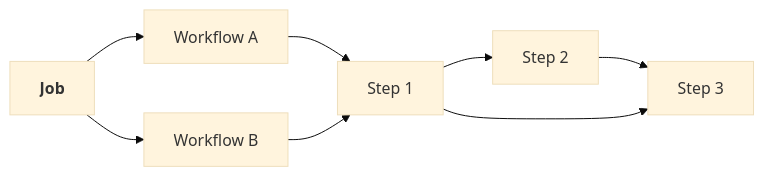
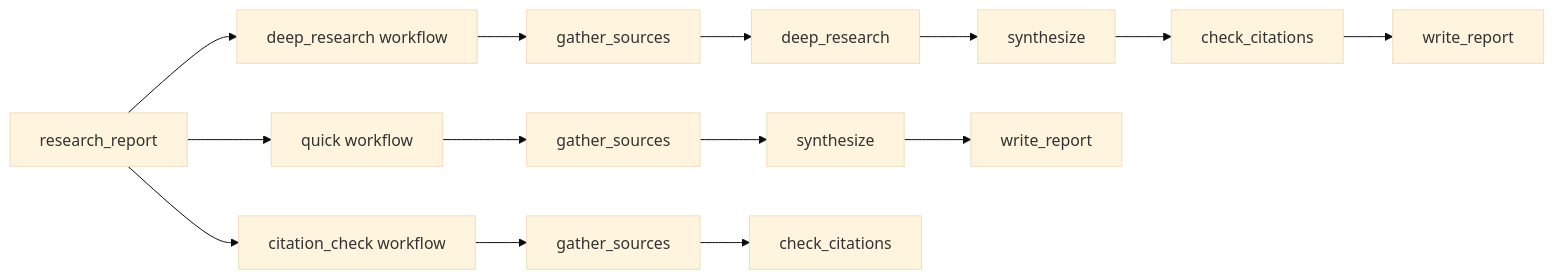
Before and after one commit to Unsupervisedcom/deepwork: the first of 4 diagrams in doc/concepts.md, drawn with Mermaid (base theme). The commit also changed other lines of this file, not shown here.

First line of the commit message:
Use research_report example with deep_research, quick, and citation_check workflows

````diff
--- a/doc/concepts.md
+++ b/doc/concepts.md
@@ -5,7 +14,9 @@
 ```mermaid
 graph LR
-    JOB["<b>Job</b>"] --> WF1["Workflow A"]
-    JOB --> WF2["Workflow B"]
-    WF1 --> S1["Step 1"] --> S2["Step 2"] --> S3["Step 3"]
-    WF2 --> S1 --> S3
+    JOB["research_report"] --> DR["deep_research workflow"]
+    JOB --> Q["quick workflow"]
+    JOB --> CC["citation_check workflow"]
+    DR --> G1["gather_sources"] --> D["deep_research"] --> S1["synthesize"] --> C1["check_citations"] --> W1["write_report"]
+    Q --> G2["gather_sources"] --> S2["synthesize"] --> W2["write_report"]
+    CC --> G3["gather_sources"] --> C2["check_citations"]
 ```
````
